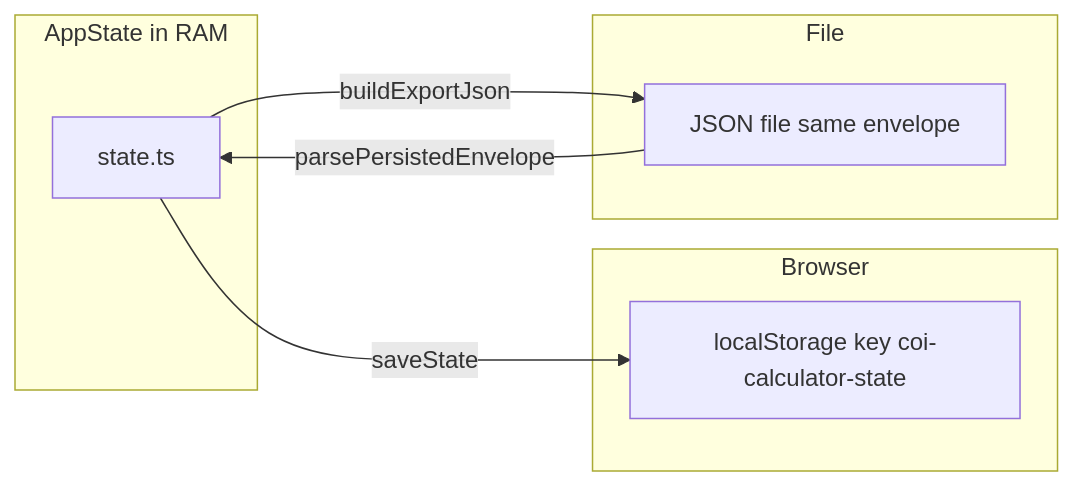
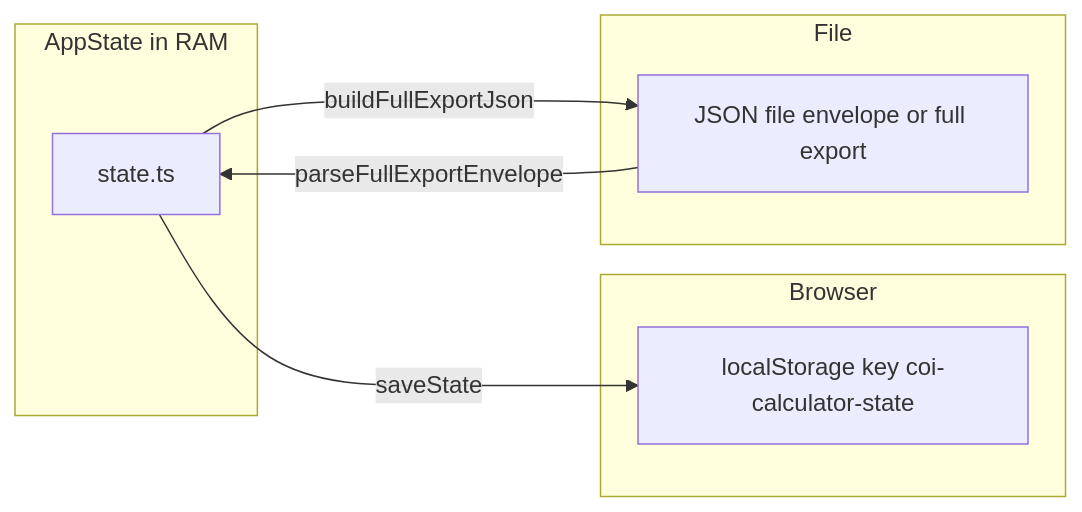
One commit to ben-shepherd/captain-of-industry-calculator changed the diagram in docs/technical-state-and-persistence.md. Above: the diagram before and after it, drawn with Mermaid. The commit also changed other lines of this file and 8 other files, not shown here.

````diff
--- a/docs/technical-state-and-persistence.md
+++ b/docs/technical-state-and-persistence.md
@@ -30,15 +33,15 @@
 ```mermaid
 flowchart LR
   subgraph memory [AppState in RAM]
     S[state.ts]
   end
   subgraph storage [Browser]
     LS[localStorage key coi-calculator-state]
   end
   subgraph file [File]
-    JSON[JSON file same envelope]
+    JSON[JSON file envelope or full export]
   end
   S -->|saveState| LS
-  JSON -->|parsePersistedEnvelope| S
-  S -->|buildExportJson| JSON
+  JSON -->|parseFullExportEnvelope| S
+  S -->|buildFullExportJson| JSON
 ```
````
